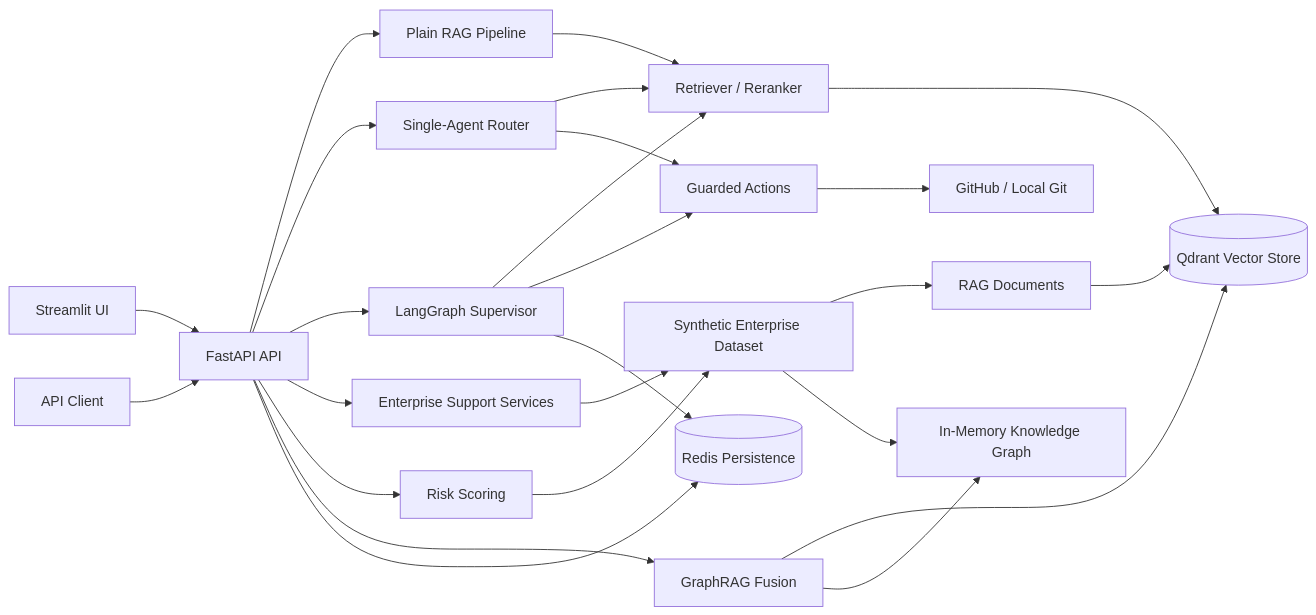
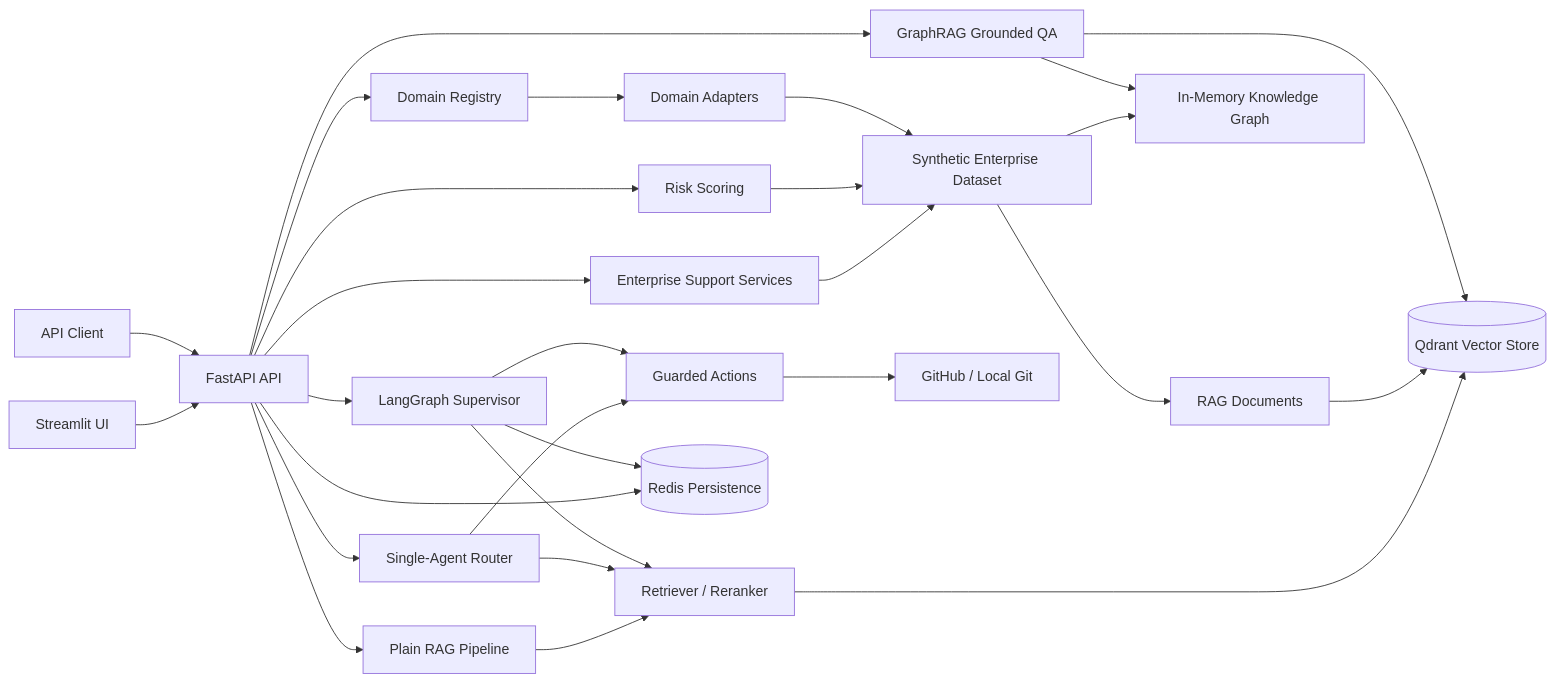
One commit to khoavd18/Internal_Support_Copilot_Chatbot changed the diagram in README.md. Above: the diagram before and after it, drawn with Mermaid. The commit also changed other lines of this file and 91 other files, not shown here.

````diff
--- a/README.md
+++ b/README.md
@@ -29,33 +30,36 @@
 ```mermaid
 flowchart LR
     UI[Streamlit UI] --> API[FastAPI API]
     Client[API Client] --> API
 
     API --> PlainRAG[Plain RAG Pipeline]
     API --> Agent[Single-Agent Router]
     API --> Supervisor[LangGraph Supervisor]
     API --> EnterpriseSvc[Enterprise Support Services]
     API --> Risk[Risk Scoring]
+    API --> Registry[Domain Registry]
 
     PlainRAG --> Retriever[Retriever / Reranker]
     Agent --> Retriever
     Supervisor --> Retriever
     Retriever --> Qdrant[(Qdrant Vector Store)]
 
     EnterpriseSvc --> Dataset[Synthetic Enterprise Dataset]
     Risk --> Dataset
+    Registry --> Adapter[Domain Adapters]
+    Adapter --> Dataset
     Dataset --> Docs[RAG Documents]
     Dataset --> KG[In-Memory Knowledge Graph]
     Docs --> Qdrant
 
-    API --> GraphRAG[GraphRAG Fusion]
+    API --> GraphRAG[GraphRAG Grounded QA]
     GraphRAG --> Qdrant
     GraphRAG --> KG
 
     Agent --> Actions[Guarded Actions]
     Supervisor --> Actions
     Actions --> GitHub[GitHub / Local Git]
 
     API --> Redis[(Redis Persistence)]
     Supervisor --> Redis
 ```
````
